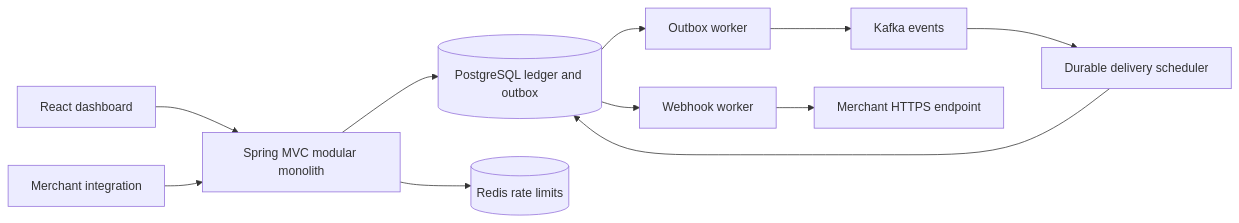
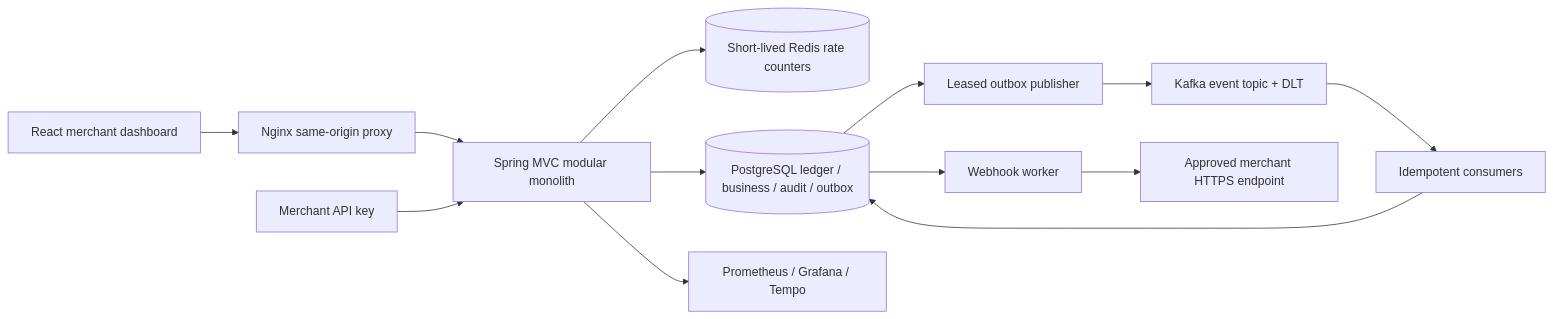
Before and after one commit to pranjalgram/LedgerFlow: the diagram in README.md, drawn with Mermaid. The commit also changed other lines of this file and 48 other files, not shown here.

````diff
--- a/README.md
+++ b/README.md
@@ -11,13 +63,15 @@
 ```mermaid
 flowchart LR
-  UI[React dashboard] --> API[Spring MVC modular monolith]
-  Client[Merchant integration] --> API
-  API --> DB[(PostgreSQL ledger and outbox)]
-  API --> Redis[(Redis rate limits)]
-  DB --> Publisher[Outbox worker]
-  Publisher --> Kafka[Kafka events]
-  Kafka --> Consumer[Durable delivery scheduler]
-  Consumer --> DB
-  DB --> Worker[Webhook worker]
-  Worker --> Merchant[Merchant HTTPS endpoint]
+  UI[React merchant dashboard] --> Edge[Nginx same-origin proxy]
+  Edge --> API[Spring MVC modular monolith]
+  Client[Merchant API key] --> API
+  API --> Redis[(Short-lived Redis rate counters)]
+  API --> PG[(PostgreSQL ledger / business / audit / outbox)]
+  PG --> Publisher[Leased outbox publisher]
+  Publisher --> Kafka[Kafka event topic + DLT]
+  Kafka --> Inbox[Idempotent consumers]
+  Inbox --> PG
+  PG --> Worker[Webhook worker]
+  Worker --> Merchant[Approved merchant HTTPS endpoint]
+  API --> Metrics[Prometheus / Grafana / Tempo]
 ```
````
